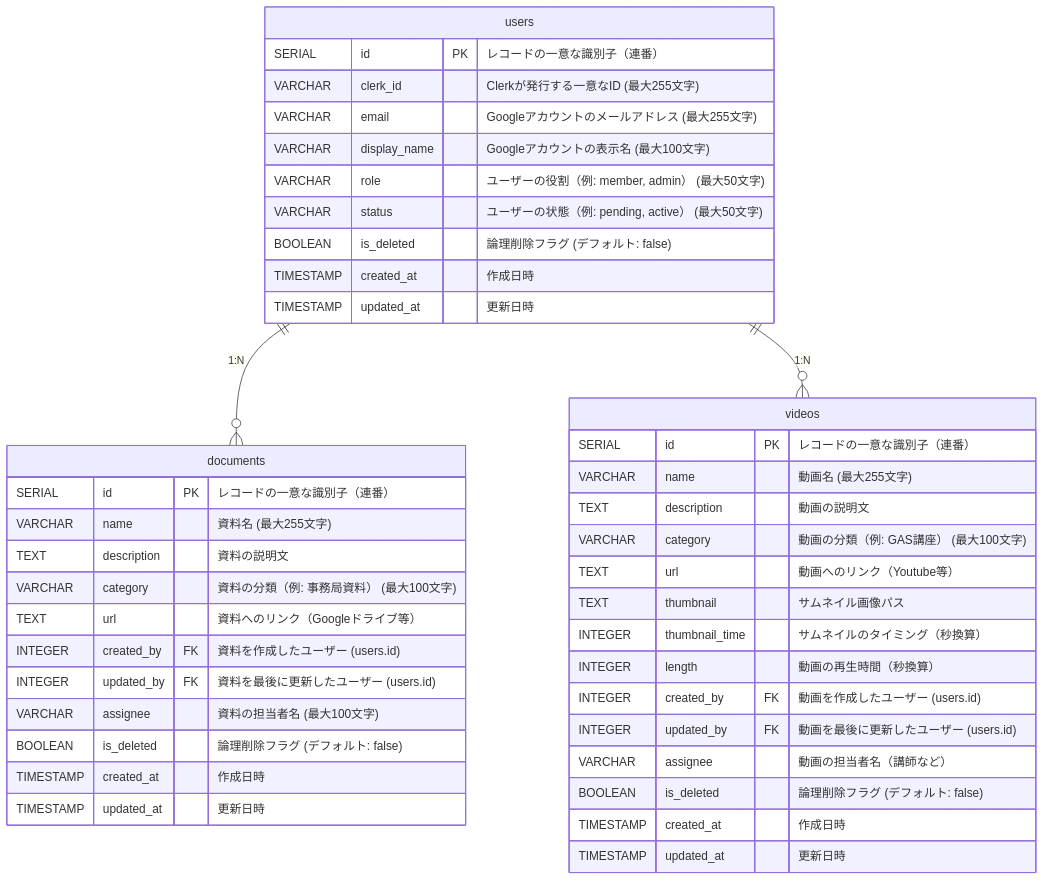
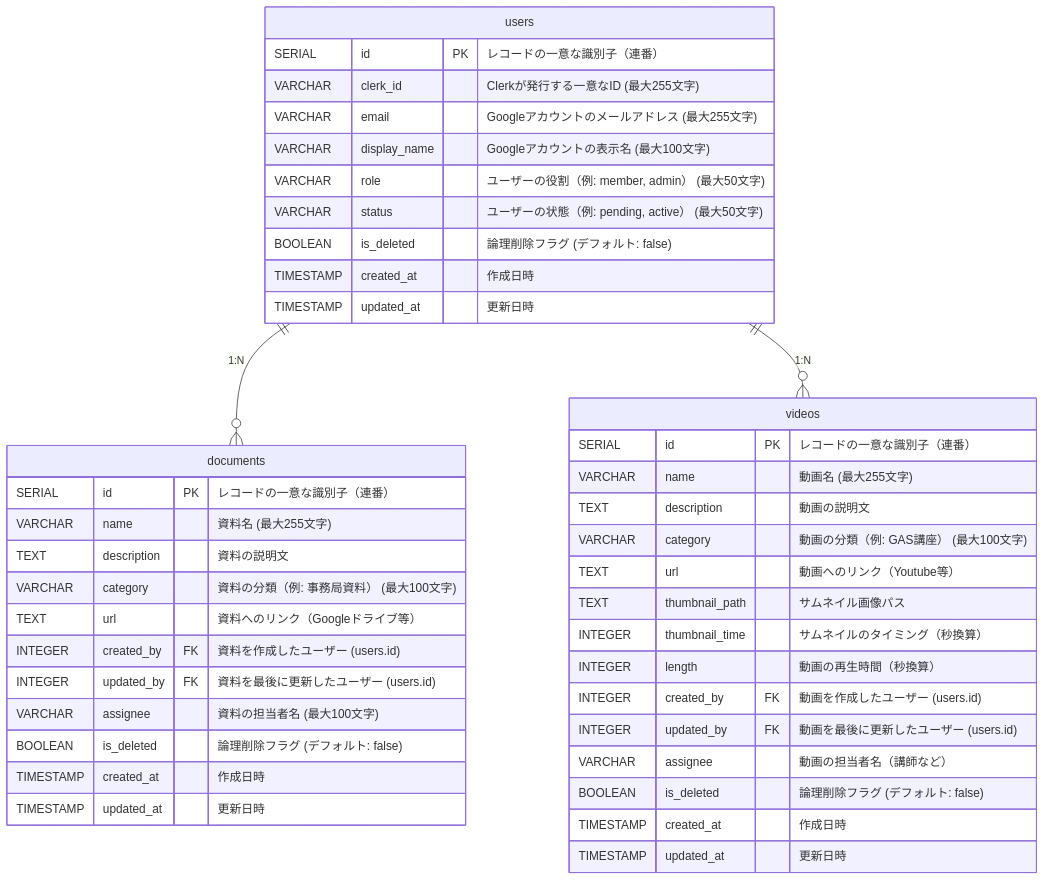
One commit to Singuralitylabs/portal-site changed the diagram in docs/database.md. Above: the diagram before and after it, drawn with Mermaid. The commit also changed other lines of this file, not shown here.

Commit message:
サムネイルパスのカラム名変更

````diff
--- a/docs/database.md
+++ b/docs/database.md
@@ -77,48 +77,48 @@
 ```mermaid
 erDiagram
     users {
         SERIAL id PK "レコードの一意な識別子（連番）"
         VARCHAR clerk_id "Clerkが発行する一意なID (最大255文字)"
         VARCHAR email "Googleアカウントのメールアドレス (最大255文字)"
         VARCHAR display_name "Googleアカウントの表示名 (最大100文字)"
         VARCHAR role "ユーザーの役割（例: member, admin） (最大50文字)"
         VARCHAR status "ユーザーの状態（例: pending, active） (最大50文字)"
         BOOLEAN is_deleted "論理削除フラグ (デフォルト: false)"
         TIMESTAMP created_at "作成日時"
         TIMESTAMP updated_at "更新日時"
     }
 
     documents {
         SERIAL id PK "レコードの一意な識別子（連番）"
         VARCHAR name "資料名 (最大255文字)"
         TEXT description "資料の説明文"
         VARCHAR category "資料の分類（例: 事務局資料） (最大100文字)"
         TEXT url "資料へのリンク（Googleドライブ等）"
         INTEGER created_by FK "資料を作成したユーザー (users.id)"
         INTEGER updated_by FK "資料を最後に更新したユーザー (users.id)"
         VARCHAR assignee "資料の担当者名 (最大100文字)"
         BOOLEAN is_deleted "論理削除フラグ (デフォルト: false)"
         TIMESTAMP created_at "作成日時"
         TIMESTAMP updated_at "更新日時"
     }
 
     videos {
         SERIAL id PK "レコードの一意な識別子（連番）"
         VARCHAR name "動画名 (最大255文字)"
         TEXT description "動画の説明文"
         VARCHAR category "動画の分類（例: GAS講座） (最大100文字)"
         TEXT url "動画へのリンク（Youtube等）"
-        TEXT thumbnail "サムネイル画像パス"
+        TEXT thumbnail_path "サムネイル画像パス"
         INTEGER thumbnail_time "サムネイルのタイミング（秒換算）"
         INTEGER length "動画の再生時間（秒換算）"
         INTEGER created_by FK "動画を作成したユーザー (users.id)"
         INTEGER updated_by FK "動画を最後に更新したユーザー (users.id)"
         VARCHAR assignee "動画の担当者名（講師など）"
         BOOLEAN is_deleted "論理削除フラグ (デフォルト: false)"
         TIMESTAMP created_at "作成日時"
         TIMESTAMP updated_at "更新日時"
     }
 
     users ||--o{ documents : "1:N"
     users ||--o{ videos : "1:N"
 ```
````
